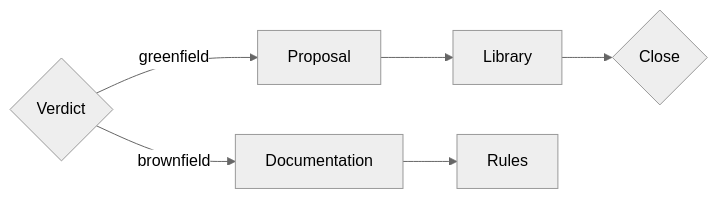
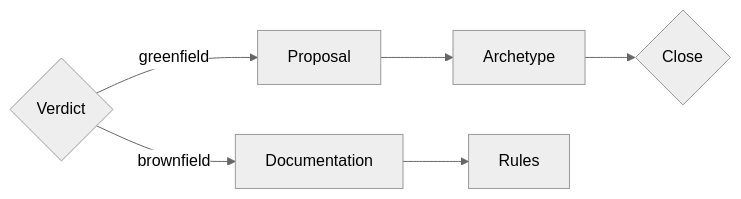
The diagram in docs/engineering/foundation.md (AIDDbot/AIDDbot), drawn with Mermaid (neutral theme) before and after one commit. The commit also changed other lines of this file and 6 other files, not shown here.

First line of the commit message:
docs: an archetype is a whole solution, never a library (Halloween D28)

````diff
--- a/docs/engineering/foundation.md
+++ b/docs/engineering/foundation.md
@@ -5,5 +5,5 @@
 ```mermaid
 flowchart LR
-    V{Verdict} -->|greenfield| G[Proposal] --> A[Library] --> C{Close}
+    V{Verdict} -->|greenfield| G[Proposal] --> A[Archetype] --> C{Close}
     V -->|brownfield| D[Documentation] --> R[Rules]
 ```
````
